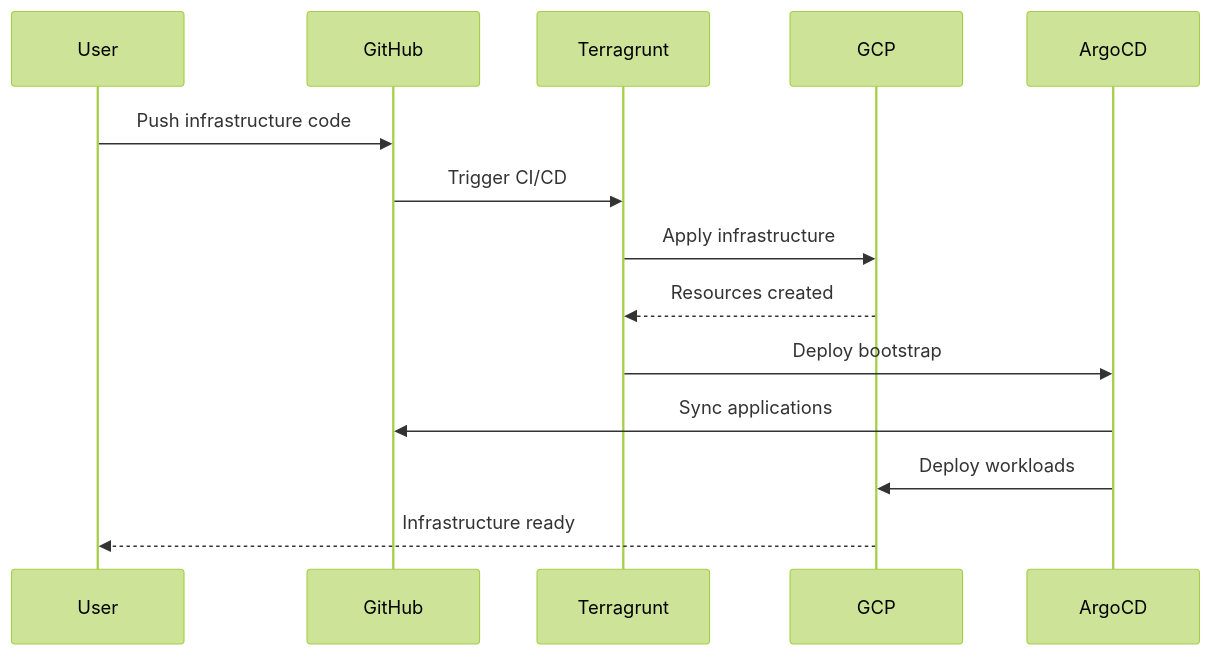
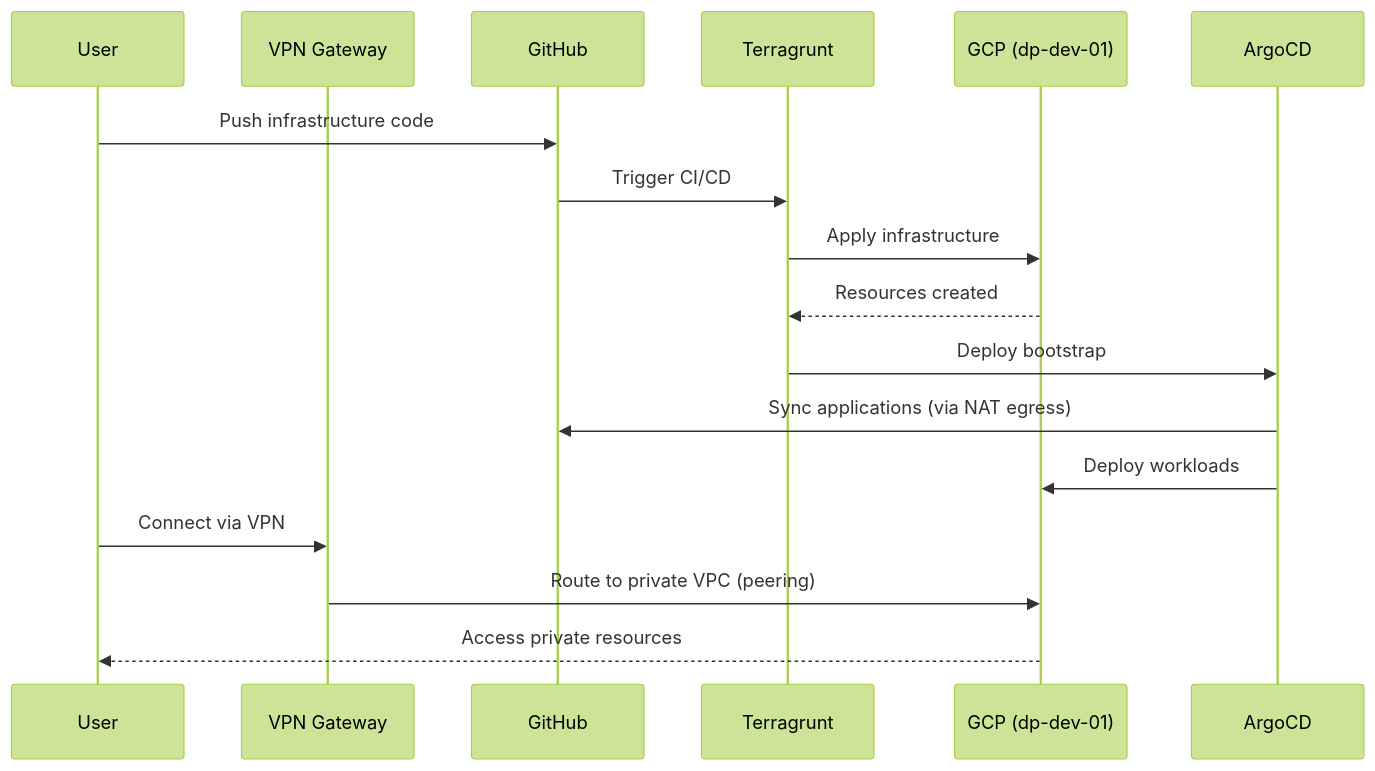
One commit to spolspol/terragrunt-gcp-org-automation changed the seventh of 7 diagrams in docs/ARCHITECTURE_DIAGRAM.md. Above: the diagram before and after it, drawn with Mermaid (forest theme). The commit also changed other lines of this file and 3 other files, not shown here.

First line of the commit message:
Secures dev environment with private VPC

````diff
--- a/docs/ARCHITECTURE_DIAGRAM.md
+++ b/docs/ARCHITECTURE_DIAGRAM.md
@@ -316,17 +331,20 @@
 ```mermaid
 sequenceDiagram
     participant User
+    participant VPN as VPN Gateway
     participant GitHub
     participant Terragrunt
-    participant GCP
+    participant GCP as GCP (dp-dev-01)
     participant ArgoCD
-    
+
     User->>GitHub: Push infrastructure code
     GitHub->>Terragrunt: Trigger CI/CD
     Terragrunt->>GCP: Apply infrastructure
     GCP-->>Terragrunt: Resources created
     Terragrunt->>ArgoCD: Deploy bootstrap
-    ArgoCD->>GitHub: Sync applications
+    ArgoCD->>GitHub: Sync applications (via NAT egress)
     ArgoCD->>GCP: Deploy workloads
-    GCP-->>User: Infrastructure ready
+    User->>VPN: Connect via VPN
+    VPN->>GCP: Route to private VPC (peering)
+    GCP-->>User: Access private resources
 ```
````
